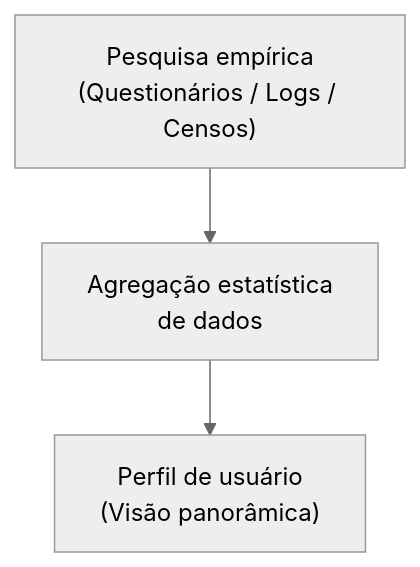
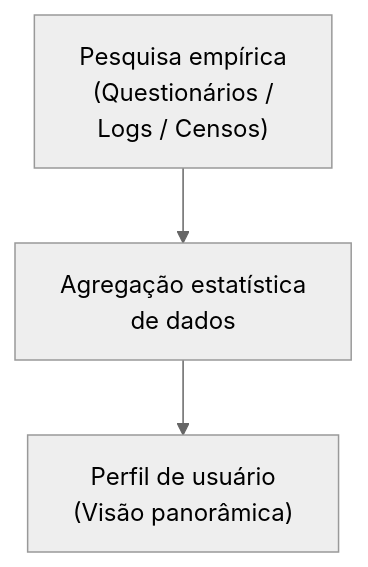
The second of 4 diagrams in 08. Design de Interacao/12. Modelagem de usuário - perfil, persona e mapa de empatia.md (leorruas/puc), drawn with Mermaid (neutral theme) before and after one commit. The commit also changed other lines of this file and 16 other files, not shown here.

Commit message:
style(mermaid): comprehensive audit and optimization of 45 Mermaid blocks across all 22 topic notes

````diff
--- a/08. Design de Interacao/12. Modelagem de usuário - perfil, persona e mapa de empatia.md
+++ b/08. Design de Interacao/12. Modelagem de usuário - perfil, persona e mapa de empatia.md
@@ -73,5 +73,5 @@
 ```mermaid
 graph TD
-    Pesquisa["Pesquisa empírica<br>(Questionários / Logs / Censos)"] --> Sintese["Agregação estatística<br>de dados"]
+    Pesquisa["Pesquisa empírica<br>(Questionários /<br>Logs / Censos)"] --> Sintese["Agregação estatística<br>de dados"]
     Sintese --> Perfil["Perfil de usuário<br>(Visão panorâmica)"]
 ```
````
